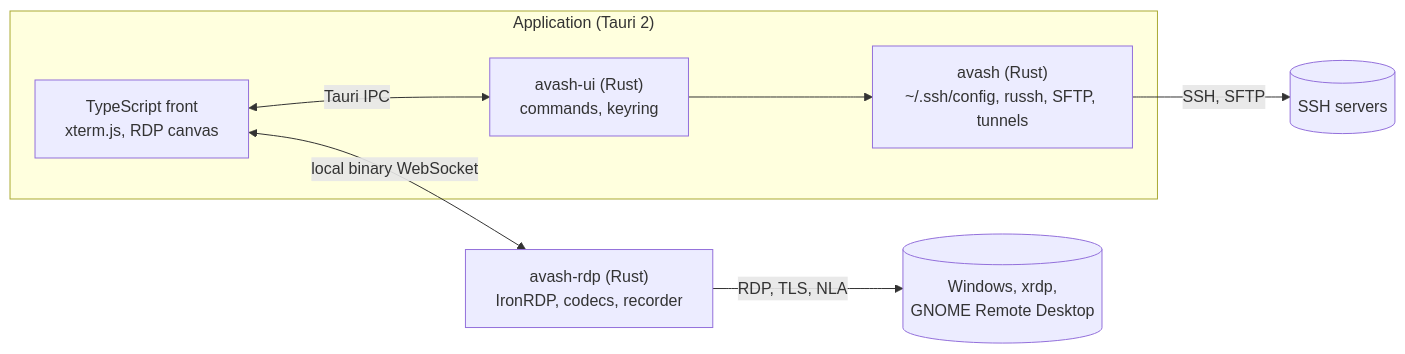
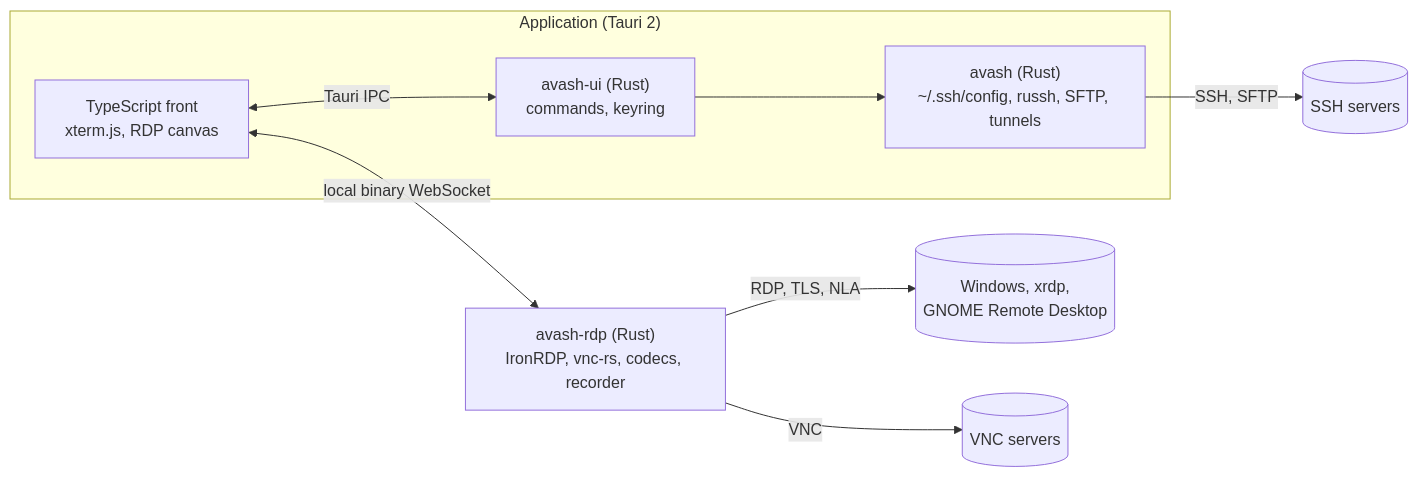
The diagram in README.en.md (AdrienAvalon/avash), drawn with Mermaid before and after one commit. The commit also changed other lines of this file and 68 other files, not shown here.

````diff
--- a/README.en.md
+++ b/README.en.md
@@ -207,14 +209,15 @@
 ```mermaid
 flowchart LR
     subgraph app["Application (Tauri 2)"]
         front["TypeScript front<br/>xterm.js, RDP canvas"]
         ui["avash-ui (Rust)<br/>commands, keyring"]
         core["avash (Rust)<br/>~/.ssh/config, russh, SFTP, tunnels"]
         front <-->|Tauri IPC| ui
         ui --> core
     end
-    sidecar["avash-rdp (Rust)<br/>IronRDP, codecs, recorder"]
+    sidecar["avash-rdp (Rust)<br/>IronRDP, vnc-rs, codecs, recorder"]
     front <-->|local binary WebSocket| sidecar
     core -->|SSH, SFTP| ssh[("SSH servers")]
     sidecar -->|RDP, TLS, NLA| rdp[("Windows, xrdp,<br/>GNOME Remote Desktop")]
+    sidecar -->|VNC| vnc[("VNC servers")]
 ```
````
